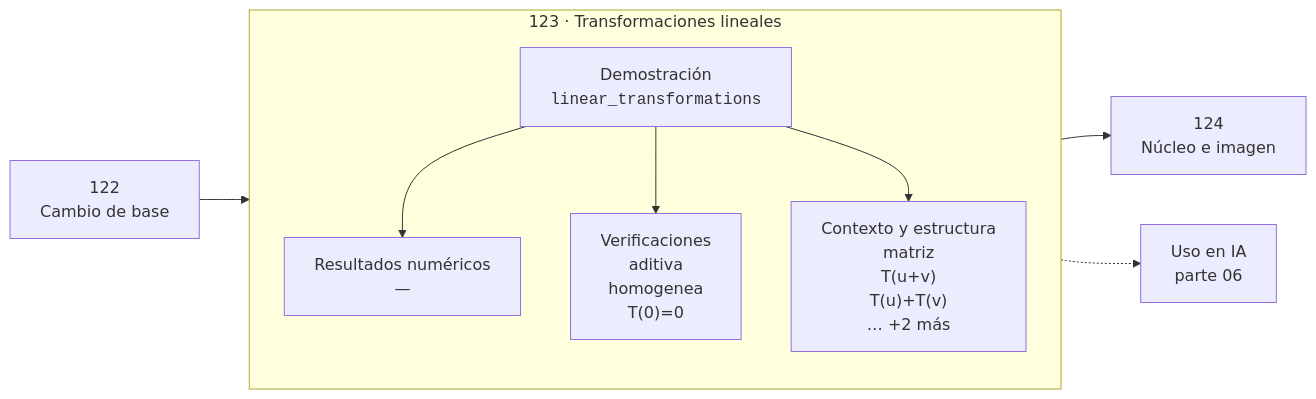
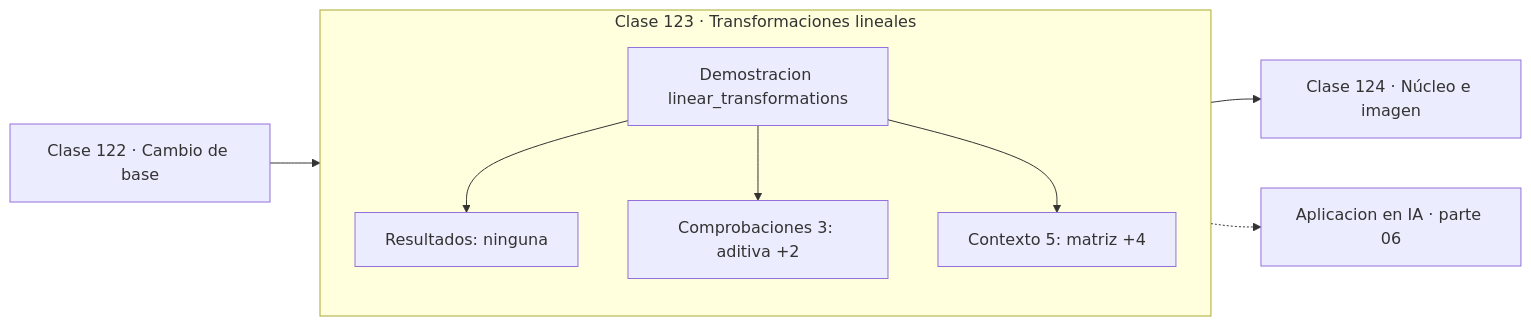
The diagram in classes/part-06-algebra-lineal-ii-descomposiciones-y-tensores/123-transformaciones-lineales/README.md (vladimiracunadev-create/computational-mathematics-program), drawn with Mermaid before and after one commit. The commit also changed 389 other files, not shown here.

First line of the commit message:
fix(diagramas): elimina el HTML de las etiquetas Mermaid

````diff
--- a/classes/part-06-algebra-lineal-ii-descomposiciones-y-tensores/123-transformaciones-lineales/README.md
+++ b/classes/part-06-algebra-lineal-ii-descomposiciones-y-tensores/123-transformaciones-lineales/README.md
@@ -30,12 +30,13 @@
 ```mermaid
 flowchart LR
-    P["122<br/>Cambio de base"] --> C
-    subgraph C["123 · Transformaciones lineales"]
+    P["Clase 122 · Cambio de base"] --> D
+    subgraph CLASE["Clase 123 · Transformaciones lineales"]
         direction TB
-        D["Demostración<br/><code>linear_transformations</code>"] --> R["Resultados numéricos<br/>—"]
-        D --> V["Verificaciones<br/>aditiva<br/>homogenea<br/>T(0)=0"]
-        D --> O["Contexto y estructura<br/>matriz<br/>T(u+v)<br/>T(u)+T(v)<br/>… +2 más"]
+        D["Demostracion linear_transformations"]
+        D --> R["Resultados: ninguna"]
+        D --> V["Comprobaciones 3: aditiva +2"]
+        D --> O["Contexto 5: matriz +4"]
     end
-    C --> N["124<br/>Núcleo e imagen"]
-    C -.-> IA["Uso en IA<br/>parte 06"]
+    R --> N["Clase 124 · Núcleo e imagen"]
+    V -.-> IA["Aplicacion en IA · parte 06"]
 ```
````
